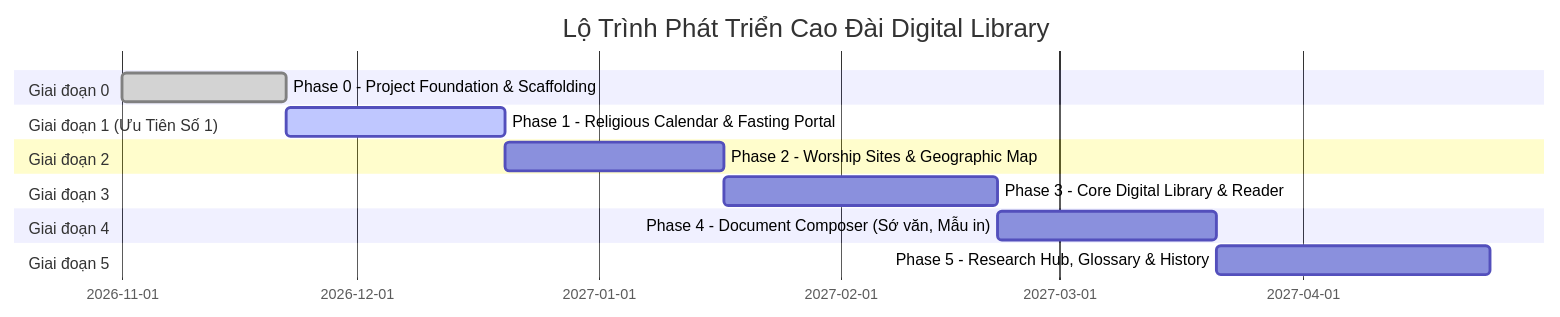
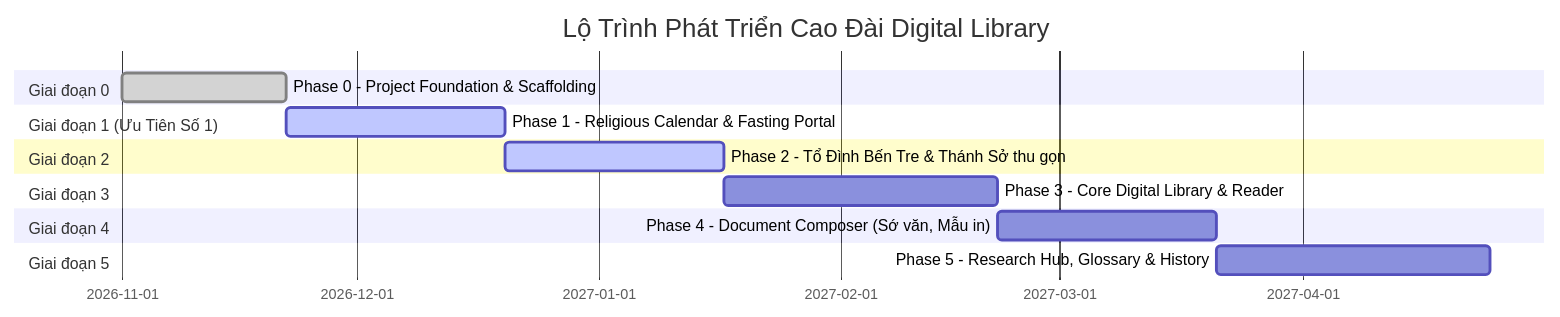
Before and after one commit to DG-Kit/CaoDai-BCD: the diagram in docs/06-planning/DEVELOPMENT_ROADMAP.md, drawn with Mermaid. The commit also changed other lines of this file and 25 other files, not shown here.

Commit message:
feat(phase-2): implement Toa Thanh Ben Tre complex showcase and database migration

````diff
--- a/docs/06-planning/DEVELOPMENT_ROADMAP.md
+++ b/docs/06-planning/DEVELOPMENT_ROADMAP.md
@@ -14,17 +14,17 @@
 ```mermaid
 gantt
     title Lộ Trình Phát Triển Cao Đài Digital Library
     dateFormat  YYYY-MM
     section Giai đoạn 0
     Phase 0 - Project Foundation & Scaffolding     :done, p0, 2026-11, 3w
     section Giai đoạn 1 (Ưu Tiên Số 1)
     Phase 1 - Religious Calendar & Fasting Portal  :active, p1, after p0, 4w
     section Giai đoạn 2
-    Phase 2 - Worship Sites & Geographic Map      :p2, after p1, 4w
+    Phase 2 - Tổ Đình Bến Tre & Thánh Sở thu gọn :active, p2, after p1, 4w
     section Giai đoạn 3
     Phase 3 - Core Digital Library & Reader       :p3, after p2, 5w
     section Giai đoạn 4
     Phase 4 - Document Composer (Sớ văn, Mẫu in)  :p4, after p3, 4w
     section Giai đoạn 5
     Phase 5 - Research Hub, Glossary & History    :p5, after p4, 5w
 ```
````
